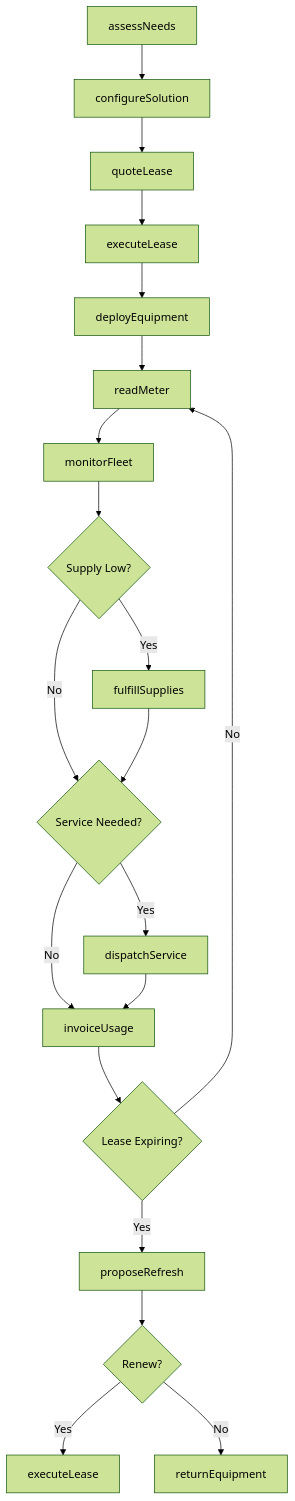
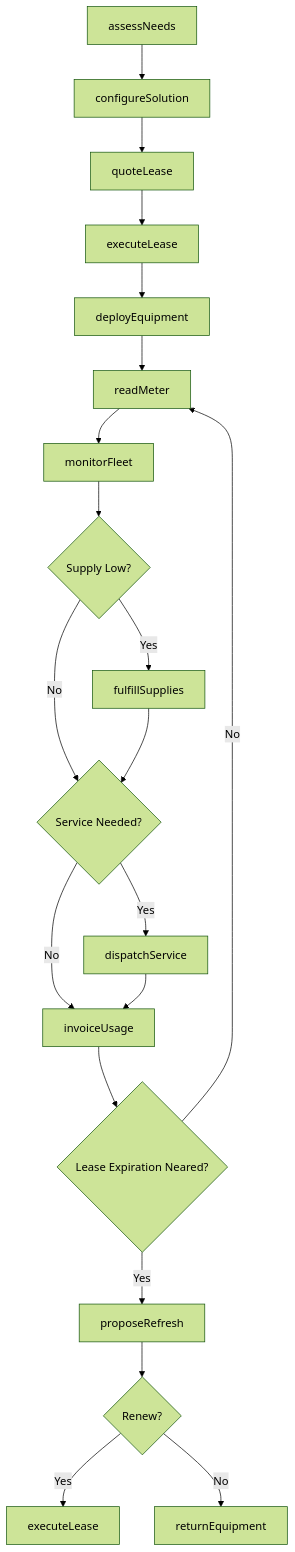
Before and after one commit to dot-org-ai/industries.org.ai: the first of 2 diagrams in RealEstate/RentalAndLeasingServices/CommercialAndIndustrialMachineryAndEquipmentRentalAndLeasing/OfficeMachineryAndEquipmentRentalAndLeasing.mdx, drawn with Mermaid (forest theme). The commit also changed other lines of this file and 588 other files, not shown here.

````diff
--- a/RealEstate/RentalAndLeasingServices/CommercialAndIndustrialMachineryAndEquipmentRentalAndLeasing/OfficeMachineryAndEquipmentRentalAndLeasing.mdx
+++ b/RealEstate/RentalAndLeasingServices/CommercialAndIndustrialMachineryAndEquipmentRentalAndLeasing/OfficeMachineryAndEquipmentRentalAndLeasing.mdx
@@ -111,22 +111,22 @@
 ```mermaid
 graph TD
     A[assessNeeds] --> B[configureSolution]
     B --> C[quoteLease]
     C --> D[executeLease]
     D --> E[deployEquipment]
     E --> F[readMeter]
     F --> G[monitorFleet]
     G --> H{Supply Low?}
     H -->|Yes| I[fulfillSupplies]
     H -->|No| J{Service Needed?}
     I --> J
     J -->|Yes| K[dispatchService]
     J -->|No| L[invoiceUsage]
     K --> L
-    L --> M{Lease Expiring?}
+    L --> M{Lease Expiration Neared?}
     M -->|Yes| N[proposeRefresh]
     M -->|No| F
     N --> O{Renew?}
     O -->|Yes| P[executeLease]
     O -->|No| Q[returnEquipment]
 ```
````
